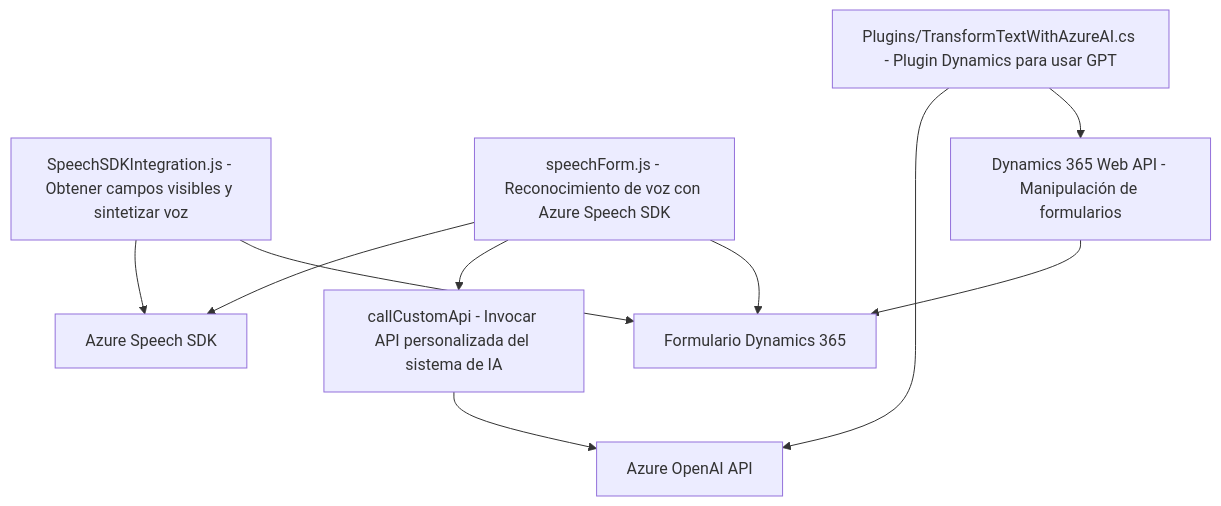
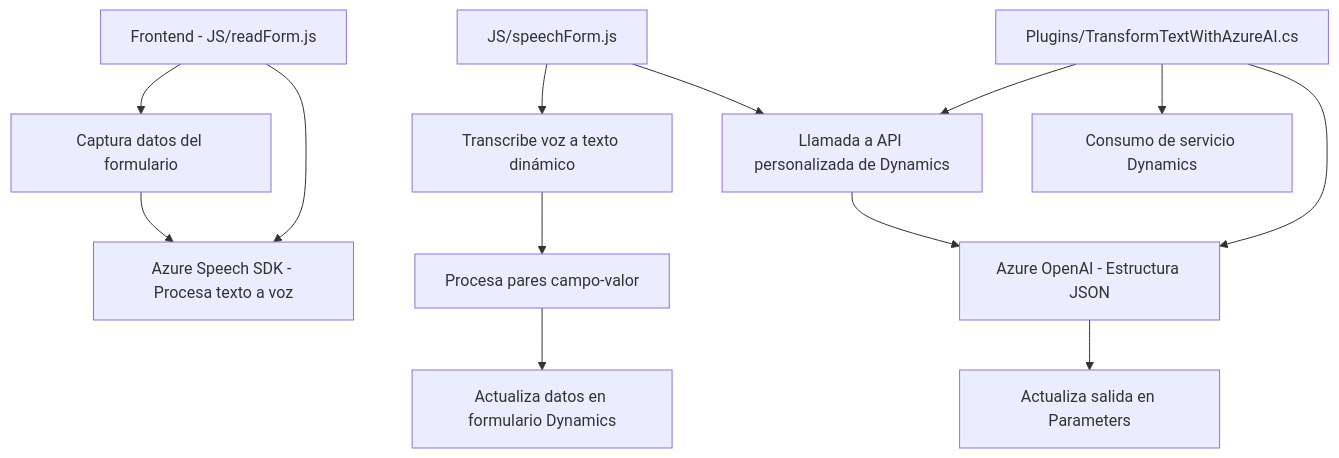
The diagram in README.md (blopezdm/NETCORE_BILBAO2025), drawn with Mermaid before and after one commit. The commit also changed other lines of this file, not shown here.

Commit message:
Actualizar análisis global de la solución con IA

````diff
--- a/README.md
+++ b/README.md
@@ -57,21 +58,15 @@
 ```mermaid
 graph TD
-    A["SpeechSDKIntegration.js - Obtener campos visibles y sintetizar voz"]
-    B["speechForm.js - Reconocimiento de voz con Azure Speech SDK"]
-    C["callCustomApi - Invocar API personalizada del sistema de IA"]
-    D["Plugins/TransformTextWithAzureAI.cs - Plugin Dynamics para usar GPT"]
-    E["Dynamics 365 Web API - Manipulación de formularios"]
-    F["Azure Speech SDK"]
-    G["Azure OpenAI API"]
-    H["Formulario Dynamics 365"]
-
-    A --> F
-    B --> F
-    B --> C
-    C --> G
-    D --> G
-    D --> E
-    E --> H
-    A --> H
-    B --> H
+    A["Frontend - JS/readForm.js"] --> B["Captura datos del formulario"]
+    B --> C["Azure Speech SDK - Procesa texto a voz"]
+    A --> C
+    D["JS/speechForm.js"] --> E["Transcribe voz a texto dinámico"]
+    E --> F["Procesa pares campo-valor"]
+    F --> G["Actualiza datos en formulario Dynamics"]
+    D --> H["Llamada a API personalizada de Dynamics"]
+    H --> I["Azure OpenAI - Estructura JSON"]
+    J["Plugins/TransformTextWithAzureAI.cs"] --> H
+    J --> K["Consumo de servicio Dynamics"]
+    J --> I
+    I --> L["Actualiza salida en Parameters"]
 ```
````
